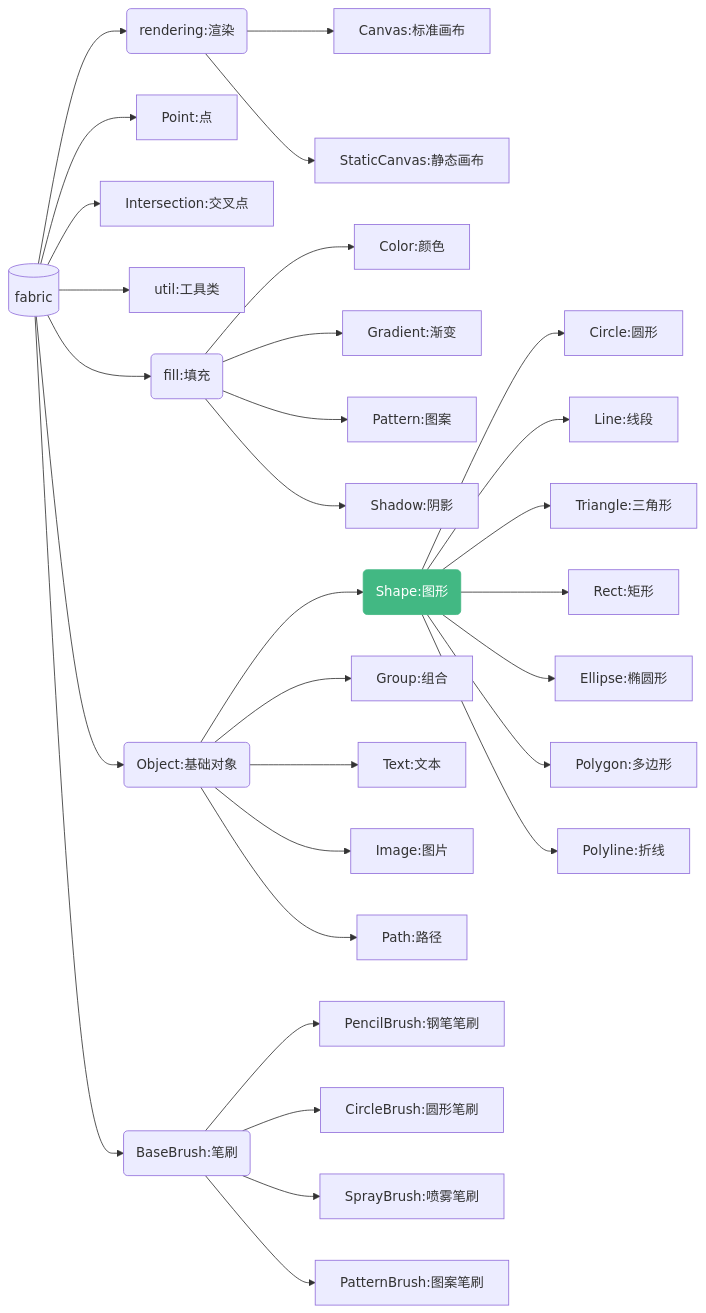
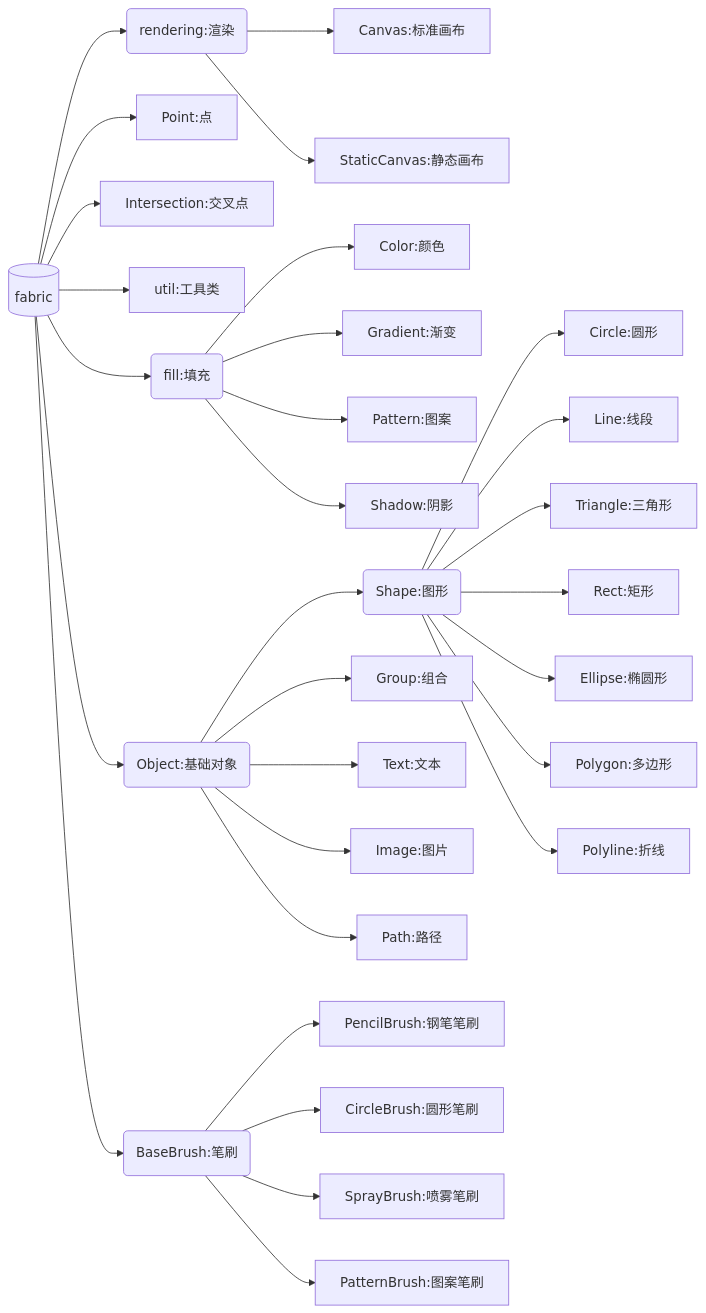
One commit to LiHowe/zhdocs changed the diagram in posts/fabric/tutorial/index.md. Above: the diagram before and after it, drawn with Mermaid. The commit also changed 12 other files, not shown here.

````diff
--- a/posts/fabric/tutorial/index.md
+++ b/posts/fabric/tutorial/index.md
@@ -17,42 +17,39 @@
 ```mermaid
 graph LR
 fb[(fabric)]
 fb --> obj(Object:基础对象)
 fb --> Point:点
 fb --> Intersection:交叉点
 fb --> util:工具类
 fb --> brush(BaseBrush:笔刷)
 fb --> r(rendering:渲染)
 fb --> f(fill:填充)
 
 r --> Canvas:标准画布
 r --> StaticCanvas:静态画布
 
 f --> Color:颜色
 f --> Gradient:渐变
 f --> Pattern:图案
 f --> Shadow:阴影
 
 obj --> Shape(Shape:图形)
 
-style Shape fill:#42b883,stroke:#42b883,color:#fff
-click Shape "/tutorial/shape.html" "a link"
-
 Shape --> Circle:圆形
 Shape --> Line:线段
 Shape --> Triangle:三角形
 Shape --> Rect:矩形
 Shape --> Ellipse:椭圆形
 Shape --> Polygon:多边形
 Shape --> Polyline:折线
 
 obj --> Group:组合
 obj --> Text:文本
 obj --> Image:图片
 obj --> Path:路径
 
 brush --> PencilBrush:钢笔笔刷
 brush --> CircleBrush:圆形笔刷
 brush --> SprayBrush:喷雾笔刷
 brush --> PatternBrush:图案笔刷
 ```
````
